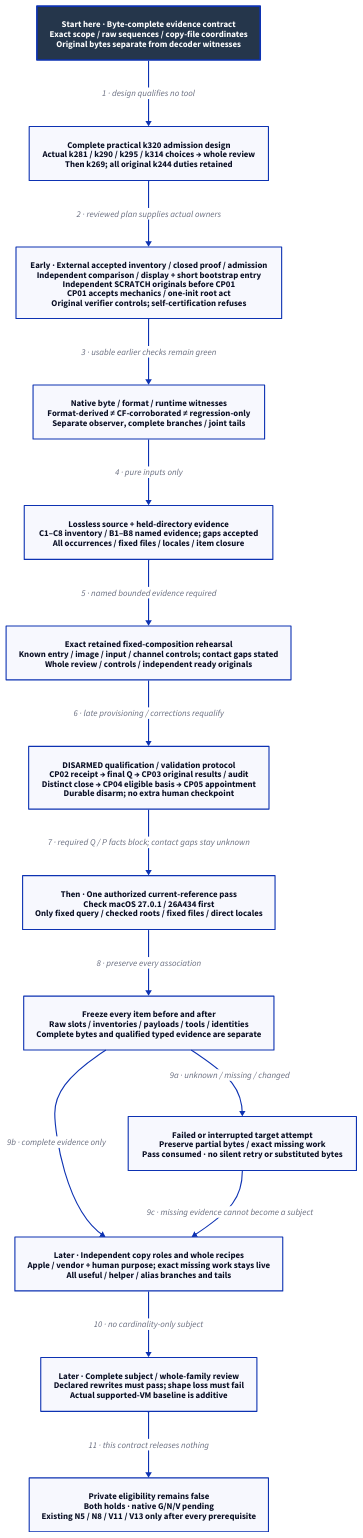
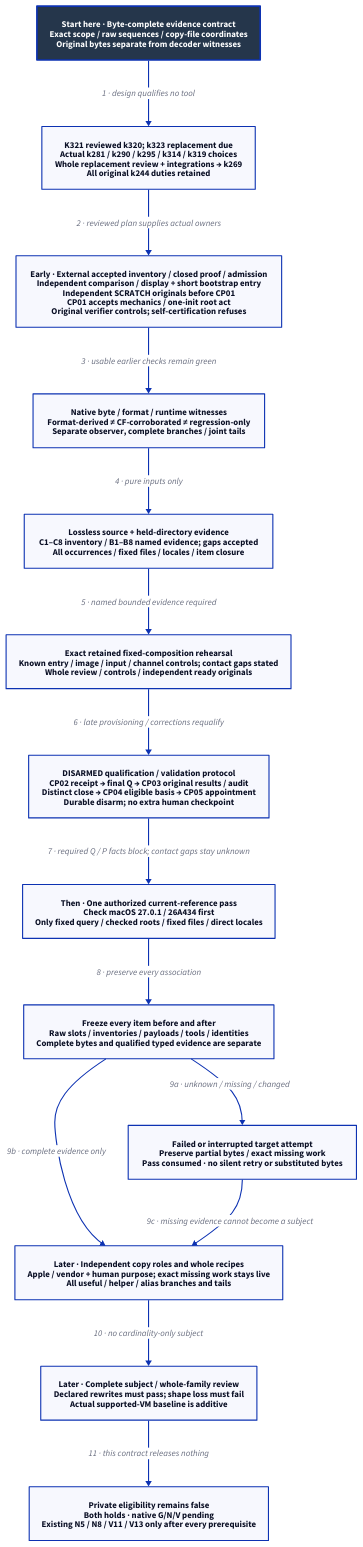
Before and after one commit to Linkuistics/Koine: the diagram in docs/design/architecture/native-reference-evidence.d2, drawn with D2. The commit also changed 48 other files, not shown here.

Commit message:
Integrate practical admission review and place its complete repair (reference-evidence-practical-admission-k322)

```diff
--- a/docs/design/architecture/native-reference-evidence.d2
+++ b/docs/design/architecture/native-reference-evidence.d2
@@ -1,31 +1,31 @@
 # Admission repair design; mandatory review and replanning precede unbuilt qualification.
 direction: down
 classes: {
   start: {style: {fill: "#25364B"; font-color: "#FFFFFF"; bold: true; stroke-width: 3}}
 }
 Start: "Start here · Byte-complete evidence contract\nExact scope / raw sequences / copy-file coordinates\nOriginal bytes separate from decoder witnesses" {class: start}
-Plan: "Complete practical k320 admission design\nActual k281 / k290 / k295 / k314 choices → whole review\nThen k269; all original k244 duties retained"
+Plan: "K321 reviewed k320; k323 replacement due\nActual k281 / k290 / k295 / k314 / k319 choices\nWhole replacement review + integrations → k269\nAll original k244 duties retained"
 Replay: "Early · External accepted inventory / closed proof / admission\nIndependent comparison / display + short bootstrap entry\nIndependent SCRATCH originals before CP01\nCP01 accepts mechanics / one-init root act\nOriginal verifier controls; self-certification refuses"
 Decode: "Native byte / format / runtime witnesses\nFormat-derived ≠ CF-corroborated ≠ regression-only\nSeparate observer, complete branches / joint tails"
 Source: "Lossless source + held-directory evidence\nC1–C8 inventory / B1–B8 named evidence; gaps accepted\nAll occurrences / fixed files / locales / item closure"
 Pure: "Exact retained fixed-composition rehearsal\nKnown entry / image / input / channel controls; contact gaps stated\nWhole review / controls / independent ready originals"
 Authority: "DISARMED qualification / validation protocol\nCP02 receipt → final Q → CP03 original results / audit\nDistinct close → CP04 eligible basis → CP05 appointment\nDurable disarm; no extra human checkpoint"
 Pass: "Then · One authorized current-reference pass\nCheck macOS 27.0.1 / 26A434 first\nOnly fixed query / checked roots / fixed files / direct locales"
 Closure: "Freeze every item before and after\nRaw slots / inventories / payloads / tools / identities\nComplete bytes and qualified typed evidence are separate"
 Failed: "Failed or interrupted target attempt\nPreserve partial bytes / exact missing work\nPass consumed · no silent retry or substituted bytes"
 Roles: "Later · Independent copy roles and whole recipes\nApple / vendor + human purpose; exact missing work stays live\nAll useful / helper / alias branches and tails"
 Review: "Later · Complete subject / whole-family review\nDeclared rewrites must pass; shape loss must fail\nActual supported-VM baseline is additive"
 Hold: "Private eligibility remains false\nBoth holds · native G/N/V pending\nExisting N5 / N8 / V11 / V13 only after every prerequisite"
 Start -> Plan: "1 · design qualifies no tool"
 Plan -> Replay: "2 · reviewed plan supplies actual owners"
 Replay -> Decode: "3 · usable earlier checks remain green"
 Decode -> Source: "4 · pure inputs only"
 Source -> Pure: "5 · named bounded evidence required"
 Pure -> Authority: "6 · late provisioning / corrections requalify"
 Authority -> Pass: "7 · required Q / P facts block; contact gaps stay unknown"
 Pass -> Closure: "8 · preserve every association"
 Closure -> Failed: "9a · unknown / missing / changed"
 Closure -> Roles: "9b · complete evidence only"
 Failed -> Roles: "9c · missing evidence cannot become a subject"
 Roles -> Review: "10 · no cardinality-only subject"
 Review -> Hold: "11 · this contract releases nothing"
```
